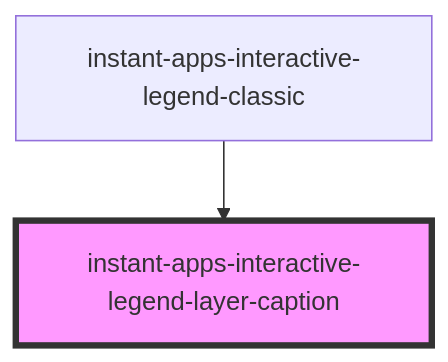
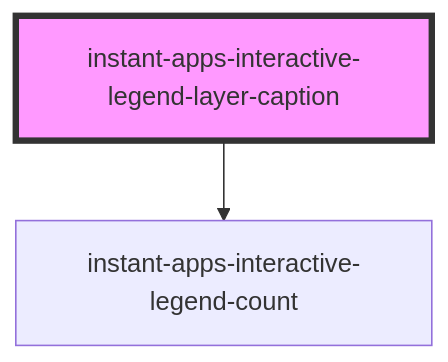
The diagram in src/components/instant-apps-interactive-legend/instant-apps-interactive-legend-layer-caption/readme.md (Esri/instant-apps-components), drawn with Mermaid before and after one commit. The commit also changed other lines of this file and 20 other files, not shown here.

Commit message:
chore: rename interactive legend caption sub components

````diff
--- a/src/components/instant-apps-interactive-legend/instant-apps-interactive-legend-layer-caption/readme.md
+++ b/src/components/instant-apps-interactive-legend/instant-apps-interactive-legend-layer-caption/readme.md
@@ -37,5 +34,5 @@
 ```mermaid
 graph TD;
-  instant-apps-interactive-legend-classic --> instant-apps-interactive-legend-layer-caption
+  instant-apps-interactive-legend-layer-caption --> instant-apps-interactive-legend-count
   style instant-apps-interactive-legend-layer-caption fill:#f9f,stroke:#333,stroke-width:4px
 ```
````
